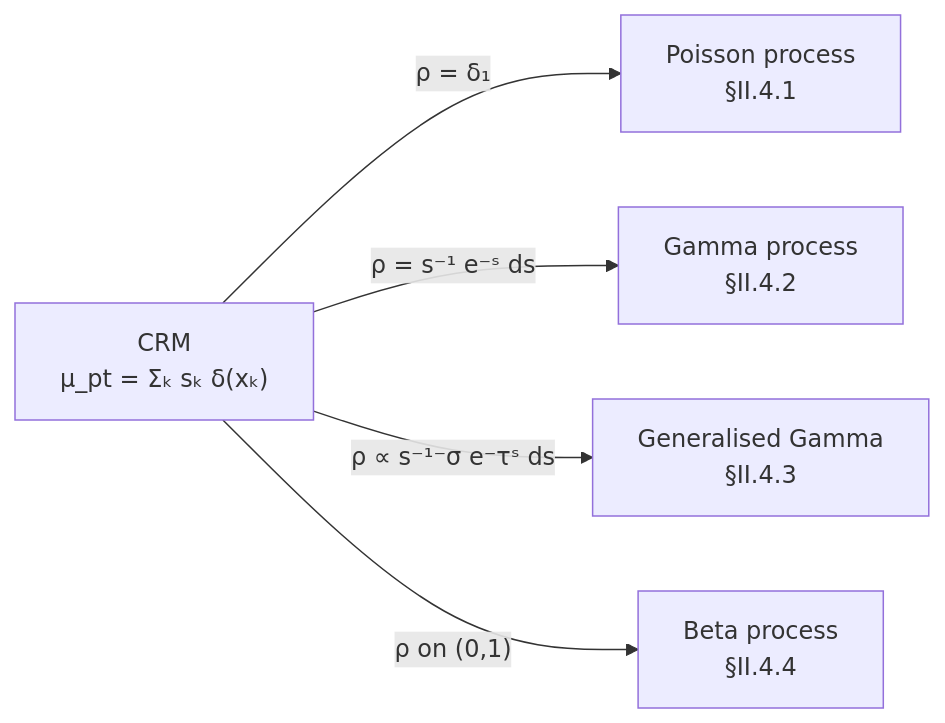
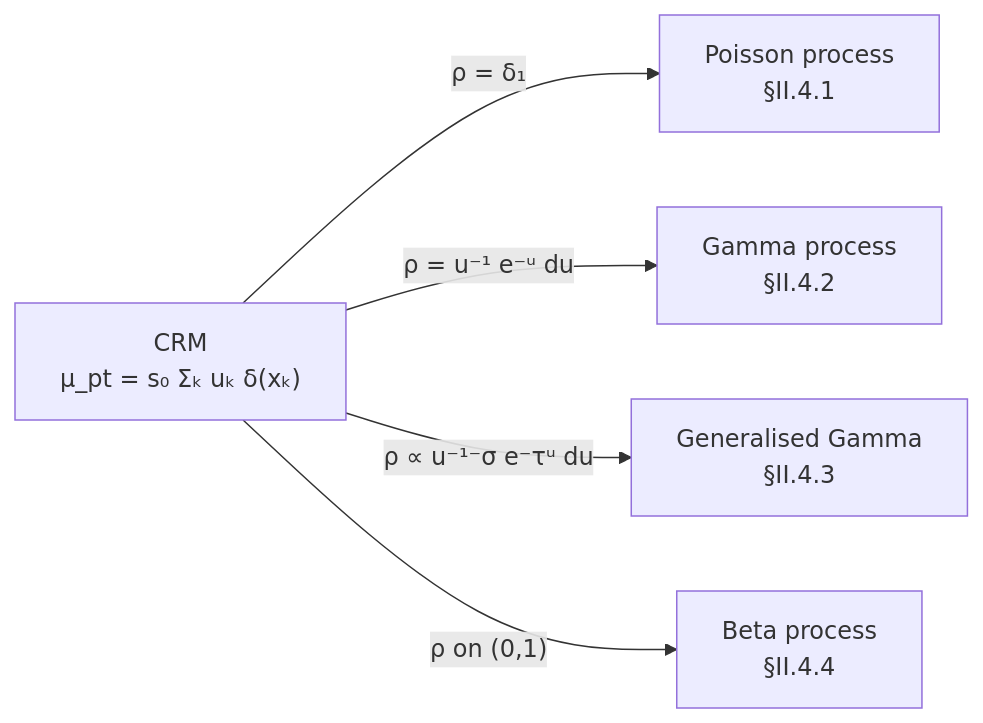
The first of 4 diagrams in docs/theory/inventory/02_objects.md (jejjohnson/plumax), drawn with Mermaid before and after one commit. The commit also changed other lines of this file and 2 other files, not shown here.

````diff
--- a/docs/theory/inventory/02_objects.md
+++ b/docs/theory/inventory/02_objects.md
@@ -130,8 +136,8 @@
 ```mermaid
 flowchart LR
-    CRM["CRM<br/>μ_pt = Σₖ sₖ δ(xₖ)"]
+    CRM["CRM<br/>μ_pt = s₀ Σₖ uₖ δ(xₖ)"]
     CRM -->|"ρ = δ₁"| P["Poisson process<br/>§II.4.1"]
-    CRM -->|"ρ = s⁻¹ e⁻ˢ ds"| G["Gamma process<br/>§II.4.2"]
-    CRM -->|"ρ ∝ s⁻¹⁻σ e⁻τˢ ds"| GG["Generalised Gamma<br/>§II.4.3"]
+    CRM -->|"ρ = u⁻¹ e⁻ᵘ du"| G["Gamma process<br/>§II.4.2"]
+    CRM -->|"ρ ∝ u⁻¹⁻σ e⁻τᵘ du"| GG["Generalised Gamma<br/>§II.4.3"]
     CRM -->|"ρ on (0,1)"| B["Beta process<br/>§II.4.4"]
 ```
````
